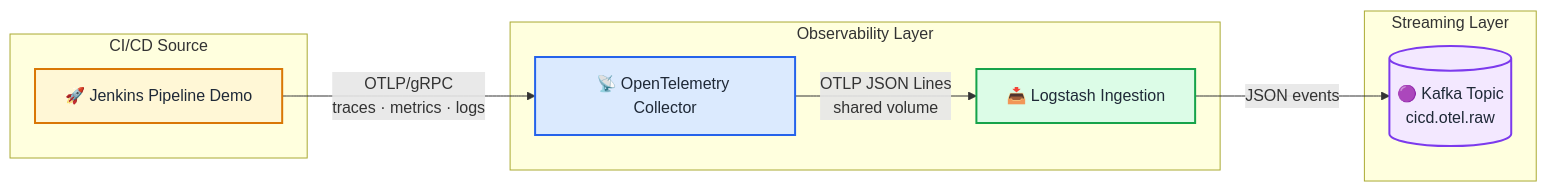
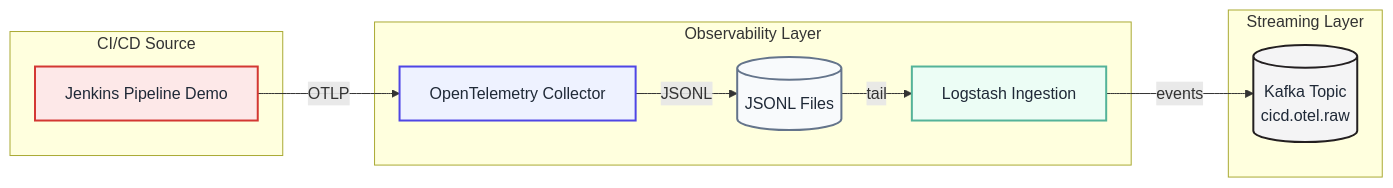
The diagram in docs/01-Data_Ingestion_HowTo.md (Darakuu/CI-CD-Observability-Stream), drawn with Mermaid before and after one commit. The commit also changed 3 other files, not shown here.

Commit message:
chore: improve mermaid diagrams in all docs

````diff
--- a/docs/01-Data_Ingestion_HowTo.md
+++ b/docs/01-Data_Ingestion_HowTo.md
@@ -5,29 +5,33 @@
 ```mermaid
 flowchart LR
     subgraph CI["CI/CD Source"]
-        A["🚀 Jenkins Pipeline Demo"]
+        A["Jenkins Pipeline Demo"]
     end
 
     subgraph OBS["Observability Layer"]
-        B["📡 OpenTelemetry Collector"]
-        C["📥 Logstash Ingestion"]
+        B["OpenTelemetry Collector"]
+        C[("JSONL Files")]
+        D["Logstash Ingestion"]
     end
 
     subgraph STREAM["Streaming Layer"]
-        D[("🟣 Kafka Topic<br/>cicd.otel.raw")]
+        E[("Kafka Topic<br/>cicd.otel.raw")]
     end
 
-    A -->|"OTLP/gRPC<br/>traces · metrics · logs"| B
-    B -->|"OTLP JSON Lines<br/>shared volume"| C
-    C -->|"JSON events"| D
+    A -->|"OTLP"| B
+    B -->|"JSONL"| C
+    C -->|"tail"| D
+    D -->|"events"| E
 
-    classDef source fill:#FFF7D6,stroke:#D97706,stroke-width:2px,color:#1F2937;
-    classDef observability fill:#DBEAFE,stroke:#2563EB,stroke-width:2px,color:#1F2937;
-    classDef ingestion fill:#DCFCE7,stroke:#16A34A,stroke-width:2px,color:#1F2937;
-    classDef stream fill:#F3E8FF,stroke:#7C3AED,stroke-width:2px,color:#1F2937;
+    classDef jenkins fill:#FDE8E8,stroke:#D33833,stroke-width:2px,color:#1F2937;
+    classDef otel fill:#EEF2FF,stroke:#4F46E5,stroke-width:2px,color:#1F2937;
+    classDef file fill:#F8FAFC,stroke:#64748B,stroke-width:2px,color:#1F2937;
+    classDef logstash fill:#ECFDF5,stroke:#54B399,stroke-width:2px,color:#1F2937;
+    classDef kafka fill:#F4F4F5,stroke:#231F20,stroke-width:2px,color:#1F2937;
 
-    class A source;
-    class B observability;
-    class C ingestion;
-    class D stream;
+    class A jenkins;
+    class B otel;
+    class C file;
+    class D logstash;
+    class E kafka;
 ```
````
